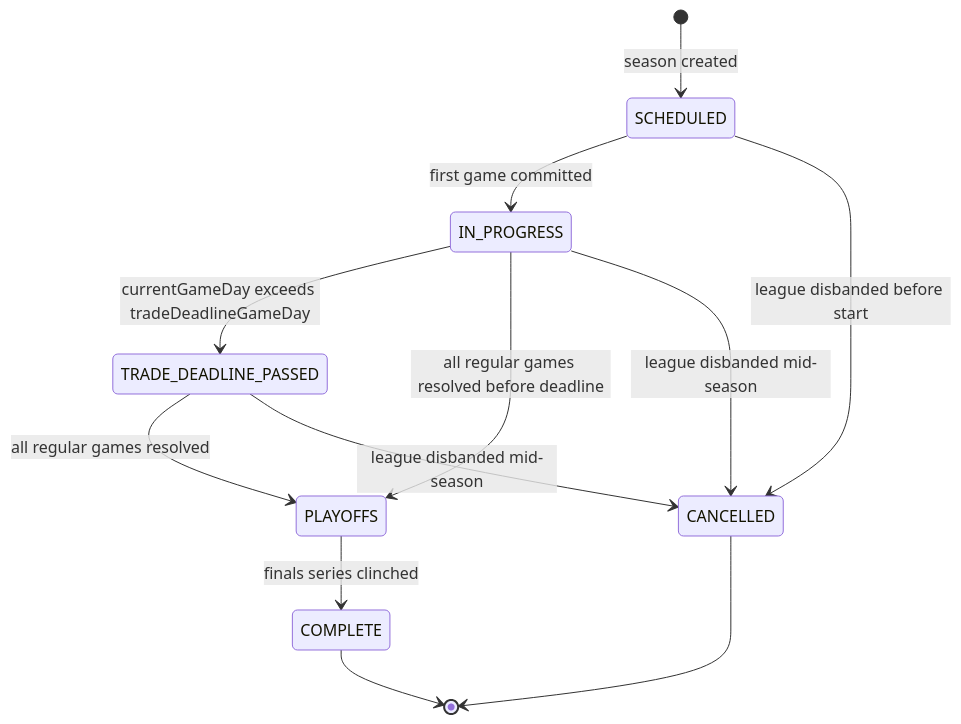
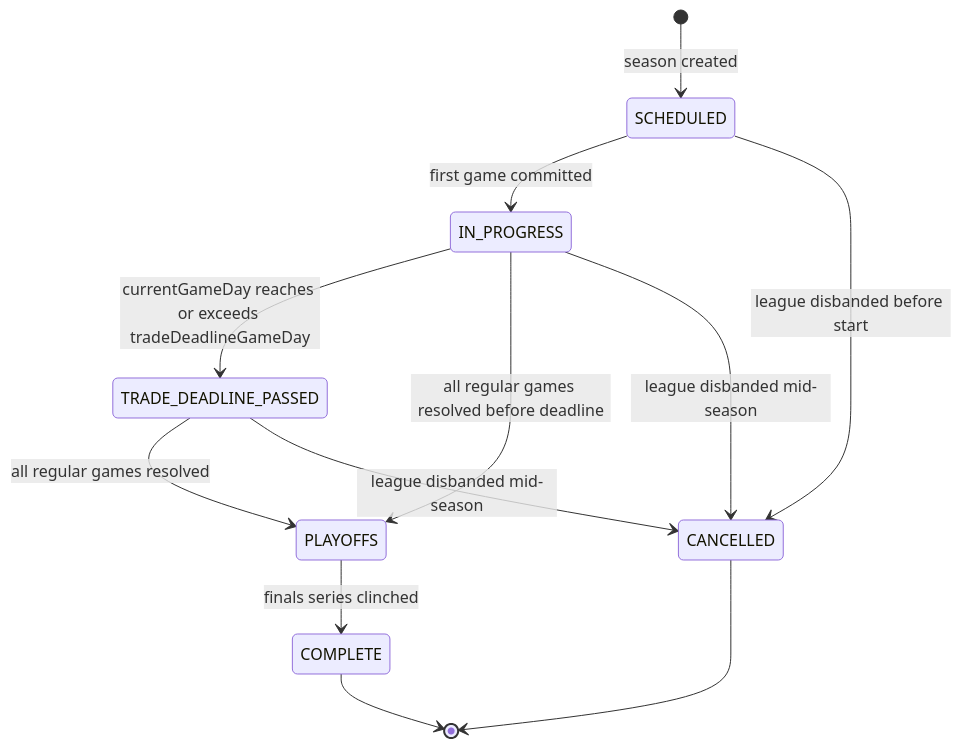
Before and after one commit to maniator/blipit-legends: the first of 2 diagrams in docs/league-mode/data-model.md, drawn with Mermaid. The commit also changed other lines of this file and 3 other files, not shown here.

First line of the commit message:
docs: cleanup pass — phase numbering, trade deadline formula, Quick preset, currentGameDay consistency

````diff
--- a/docs/league-mode/data-model.md
+++ b/docs/league-mode/data-model.md
@@ -282,14 +282,14 @@
 ```mermaid
 stateDiagram-v2
     [*] --> SCHEDULED : season created
     SCHEDULED --> IN_PROGRESS : first game committed
-    IN_PROGRESS --> TRADE_DEADLINE_PASSED : currentGameDay exceeds tradeDeadlineGameDay
+    IN_PROGRESS --> TRADE_DEADLINE_PASSED : currentGameDay reaches or exceeds tradeDeadlineGameDay
     TRADE_DEADLINE_PASSED --> PLAYOFFS : all regular games resolved
     IN_PROGRESS --> PLAYOFFS : all regular games resolved before deadline
     PLAYOFFS --> COMPLETE : finals series clinched
     SCHEDULED --> CANCELLED : league disbanded before start
     IN_PROGRESS --> CANCELLED : league disbanded mid-season
     TRADE_DEADLINE_PASSED --> CANCELLED : league disbanded mid-season
     COMPLETE --> [*]
     CANCELLED --> [*]
 ```
````
